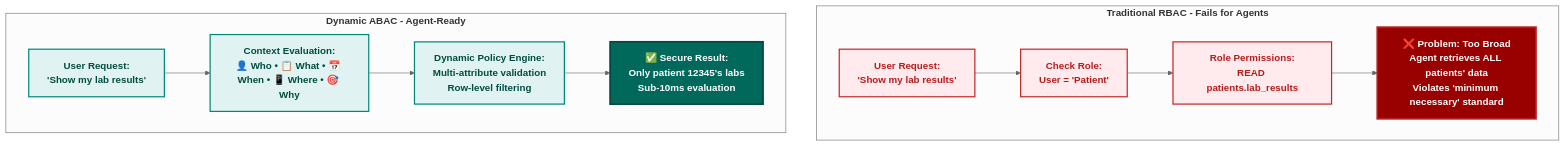
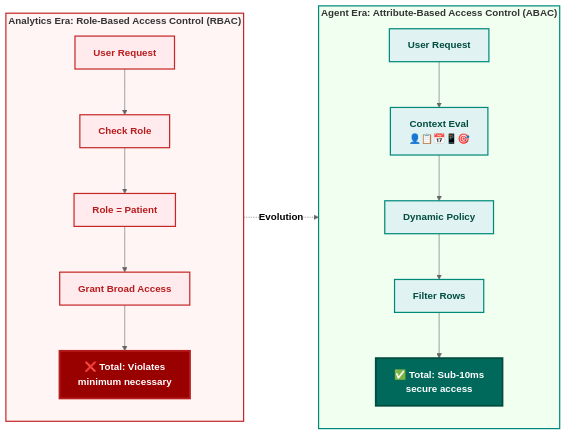
One commit to colaberry/enterprise-data-readiness-ai-agents changed the third of 11 diagrams in chapter-02/chapter_2_complete.md. Above: the diagram before and after it, drawn with Mermaid (neutral theme).

Commit message:
diagram 3 nurturned
diagram 3 nurturned

````diff
--- a/chapter-02/chapter_2_complete.md
+++ b/chapter-02/chapter_2_complete.md
@@ -244,34 +244,45 @@
 ```mermaid
-graph TB
-    subgraph "<b>Traditional RBAC - Fails for Agents</b>"
-        R1["<b>User Request:</b><br/><b>'Show my lab results'</b>"]
-        R2["<b>Check Role:</b><br/><b>User = 'Patient'</b>"]
-        R3["<b>Role Permissions:</b><br/><b>READ patients.lab_results</b>"]
-        R4["<b>❌ Problem: Too Broad</b><br/><b>Agent retrieves ALL patients' data</b><br/><b>Violates 'minimum necessary' standard</b>"]
+graph LR
+    subgraph OLD["<b>Analytics Era: Role-Based Access Control (RBAC)</b>"]
+        R1["<b>User Request</b>"]
+        R2["<b>Check Role</b>"]
+        R3["<b>Role = Patient</b>"]
+        R4["<b>Grant Broad Access</b>"]
+        R5["<b>❌ Total: Violates</b><br/><b>minimum necessary</b>"]
         
         R1 --> R2
         R2 --> R3
         R3 --> R4
+        R4 --> R5
     end
     
-    subgraph "<b>Dynamic ABAC - Agent-Ready</b>"
-        A1["<b>User Request:</b><br/><b>'Show my lab results'</b>"]
-        A2["<b>Context Evaluation:</b><br/><b>👤 Who • 📋 What • 📅 When • 📱 Where • 🎯 Why</b>"]
-        A3["<b>Dynamic Policy Engine:</b><br/><b>Multi-attribute validation</b><br/><b>Row-level filtering</b>"]
-        A4["<b>✅ Secure Result:</b><br/><b>Only patient 12345's labs</b><br/><b>Sub-10ms evaluation</b>"]
+    OLD -.->|<b>Evolution</b>| NEW
+    
+    subgraph NEW["<b>Agent Era: Attribute-Based Access Control (ABAC)</b>"]
+        A1["<b>User Request</b>"]
+        A2["<b>Context Eval</b><br/><b>👤📋📅📱🎯</b>"]
+        A3["<b>Dynamic Policy</b>"]
+        A4["<b>Filter Rows</b>"]
+        A5["<b>✅ Total: Sub-10ms</b><br/><b>secure access</b>"]
         
         A1 --> A2
         A2 --> A3
         A3 --> A4
+        A4 --> A5
     end
     
     style R1 fill:#ffebee,stroke:#c62828,stroke-width:2px,color:#b71c1c
     style R2 fill:#ffebee,stroke:#c62828,stroke-width:2px,color:#b71c1c
     style R3 fill:#ffebee,stroke:#c62828,stroke-width:2px,color:#b71c1c
-    style R4 fill:#990000,color:#ffffff,stroke:#b71c1c,stroke-width:3px
+    style R4 fill:#ffebee,stroke:#c62828,stroke-width:2px,color:#b71c1c
+    style R5 fill:#990000,color:#ffffff,stroke:#b71c1c,stroke-width:3px
     
     style A1 fill:#e0f2f1,stroke:#00897b,stroke-width:2px,color:#004d40
     style A2 fill:#e0f2f1,stroke:#00897b,stroke-width:2px,color:#004d40
     style A3 fill:#e0f2f1,stroke:#00897b,stroke-width:2px,color:#004d40
-    style A4 fill:#00695c,color:#ffffff,stroke:#004d40,stroke-width:3px
+    style A4 fill:#e0f2f1,stroke:#00897b,stroke-width:2px,color:#004d40
+    style A5 fill:#00695c,color:#ffffff,stroke:#004d40,stroke-width:3px
+    
+    style OLD fill:#fff5f5,stroke:#c62828,stroke-width:2px
+    style NEW fill:#f0fff0,stroke:#00897b,stroke-width:2px
 ```
````
